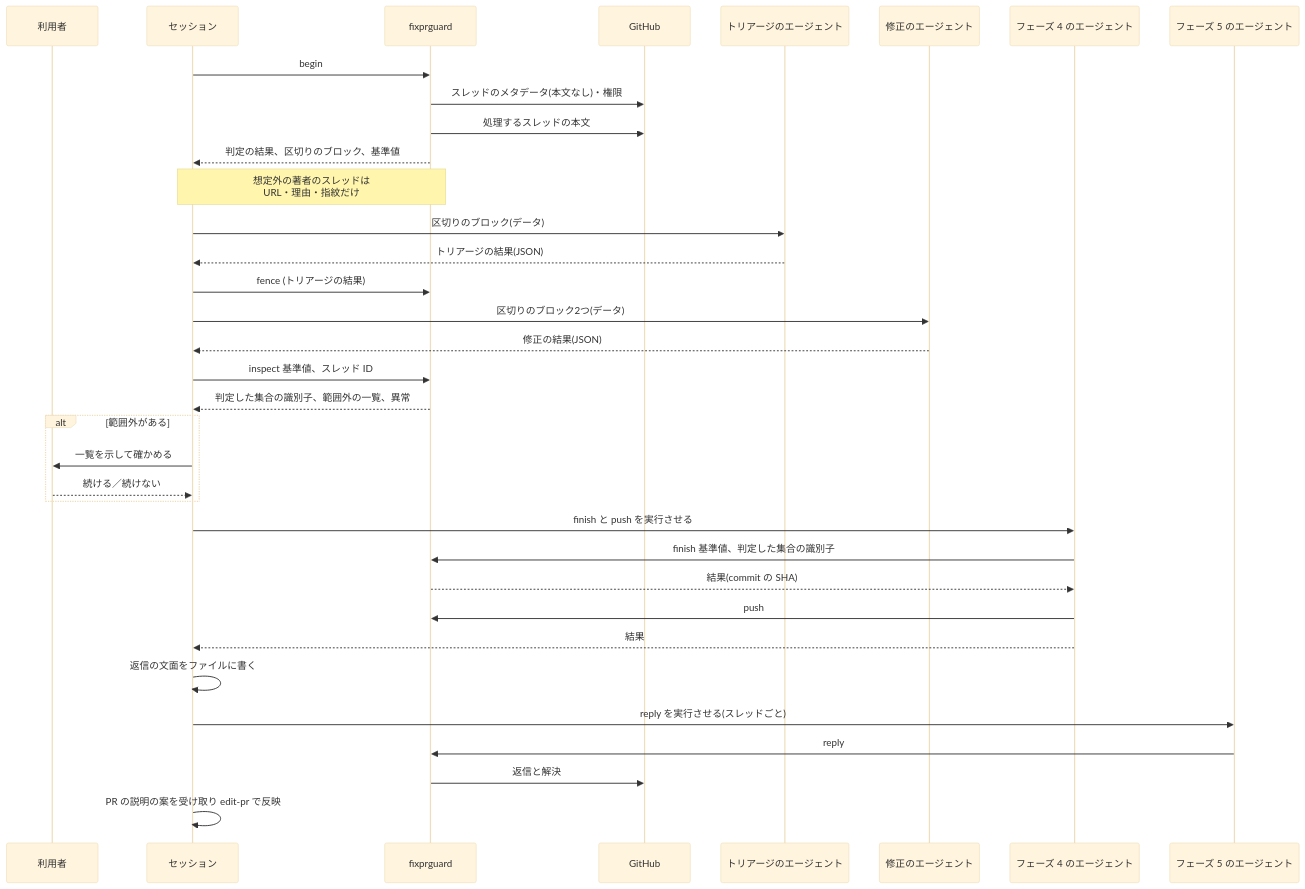
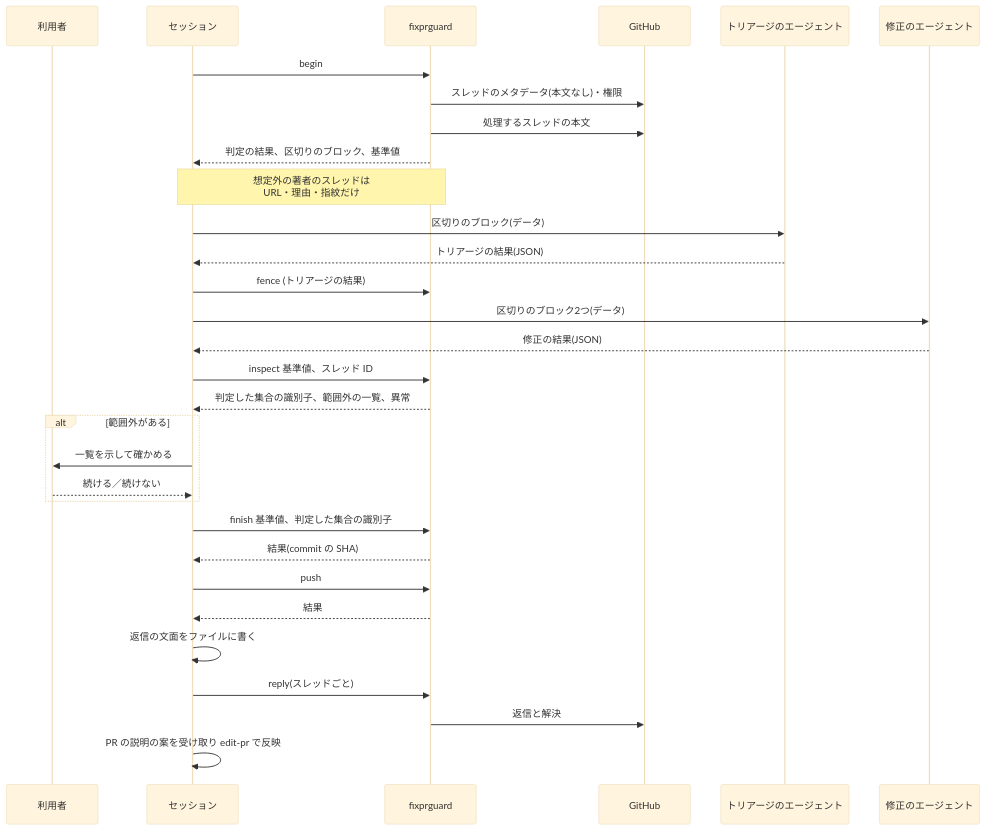
Before and after one commit to isseis/yt2column: the third of 7 diagrams in docs/tasks/0030_fixpr_untrusted_threads/02_architecture.md, drawn with Mermaid (base theme). The commit also changed other lines of this file and 12 other files, not shown here.

````diff
--- a/docs/tasks/0030_fixpr_untrusted_threads/02_architecture.md
+++ b/docs/tasks/0030_fixpr_untrusted_threads/02_architecture.md
@@ -227,38 +227,34 @@
 ```mermaid
 sequenceDiagram
     participant U as 利用者
     participant S as セッション
     participant G as fixprguard
     participant GH as GitHub
     participant T as トリアージのエージェント
     participant F as 修正のエージェント
-    participant B as フェーズ 4 のエージェント
-    participant R as フェーズ 5 のエージェント
 
     S->>G: begin
     G->>GH: スレッドのメタデータ(本文なし)・権限
     G->>GH: 処理するスレッドの本文
     G-->>S: 判定の結果、区切りのブロック、基準値
     Note over S,G: 想定外の著者のスレッドは<br>URL・理由・指紋だけ
     S->>T: 区切りのブロック(データ)
     T-->>S: トリアージの結果(JSON)
     S->>G: fence (トリアージの結果)
     S->>F: 区切りのブロック2つ(データ)
     F-->>S: 修正の結果(JSON)
     S->>G: inspect 基準値、スレッド ID
     G-->>S: 判定した集合の識別子、範囲外の一覧、異常
     alt 範囲外がある
         S->>U: 一覧を示して確かめる
         U-->>S: 続ける／続けない
     end
-    S->>B: finish と push を実行させる
-    B->>G: finish 基準値、判定した集合の識別子
-    G-->>B: 結果(commit の SHA)
-    B->>G: push
-    B-->>S: 結果
+    S->>G: finish 基準値、判定した集合の識別子
+    G-->>S: 結果(commit の SHA)
+    S->>G: push
+    G-->>S: 結果
     S->>S: 返信の文面をファイルに書く
-    S->>R: reply を実行させる(スレッドごと)
-    R->>G: reply
+    S->>G: reply(スレッドごと)
     G->>GH: 返信と解決
     S->>S: PR の説明の案を受け取り edit-pr で反映
 ```
````
